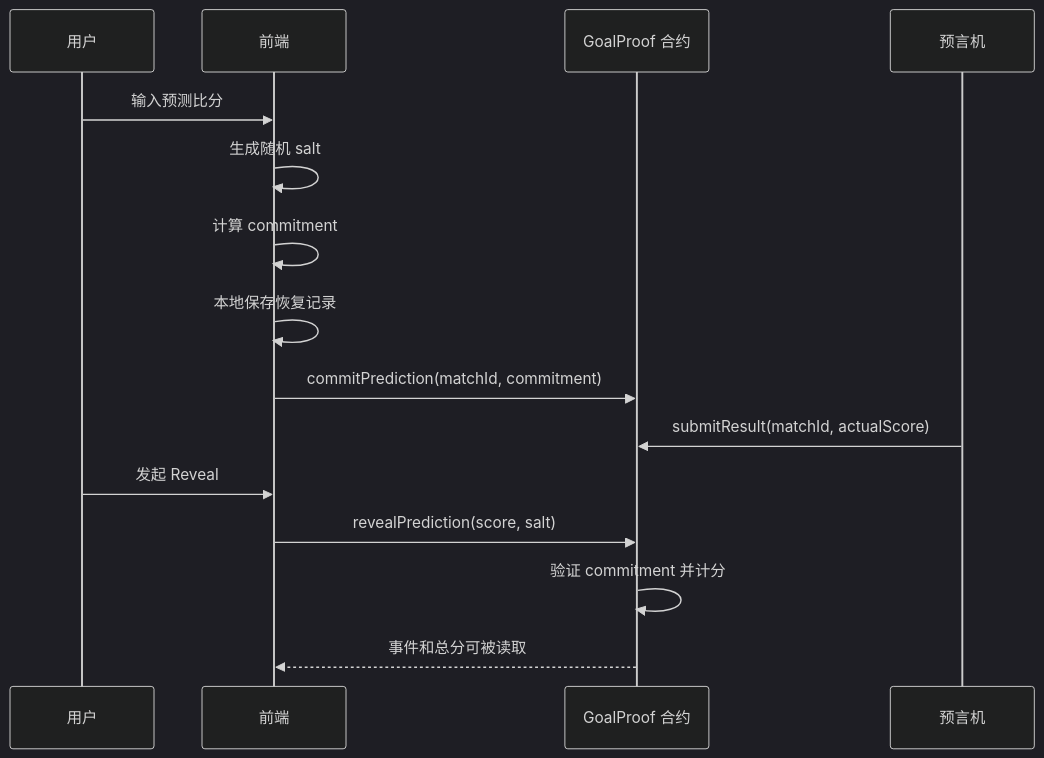
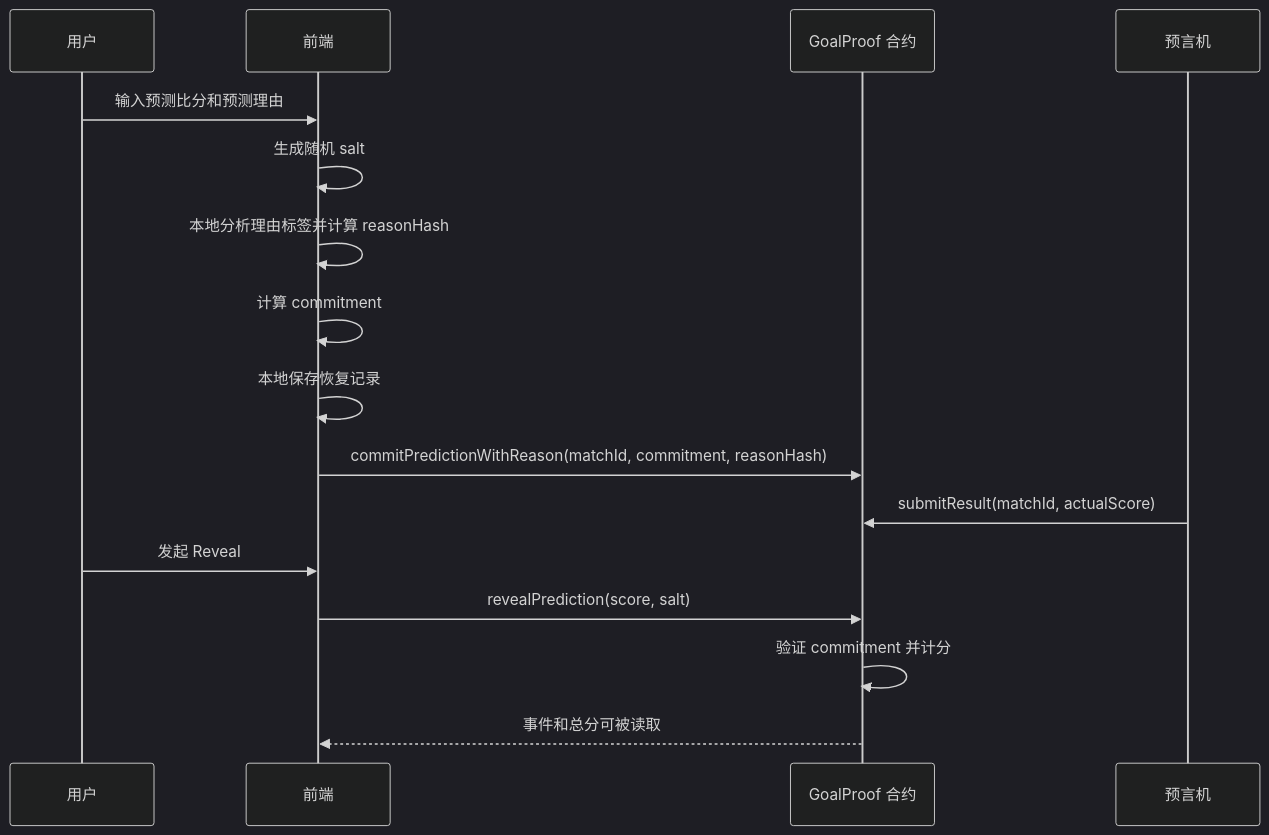
One commit to actmaoweihao/GoalProof_WD_CUP changed the second of 2 diagrams in docs/ARCHITECTURE.md. Above: the diagram before and after it, drawn with Mermaid (dark theme). The commit also changed other lines of this file and 21 other files, not shown here.

Commit message:
feat: add AI prediction reason proof

````diff
--- a/docs/ARCHITECTURE.md
+++ b/docs/ARCHITECTURE.md
@@ -45,18 +48,19 @@
 ```mermaid
 sequenceDiagram
     participant U as 用户
     participant F as 前端
     participant C as GoalProof 合约
     participant O as 预言机
 
-    U->>F: 输入预测比分
+    U->>F: 输入预测比分和预测理由
     F->>F: 生成随机 salt
+    F->>F: 本地分析理由标签并计算 reasonHash
     F->>F: 计算 commitment
     F->>F: 本地保存恢复记录
-    F->>C: commitPrediction(matchId, commitment)
+    F->>C: commitPredictionWithReason(matchId, commitment, reasonHash)
     O->>C: submitResult(matchId, actualScore)
     U->>F: 发起 Reveal
     F->>C: revealPrediction(score, salt)
     C->>C: 验证 commitment 并计分
     C-->>F: 事件和总分可被读取
 ```
````
